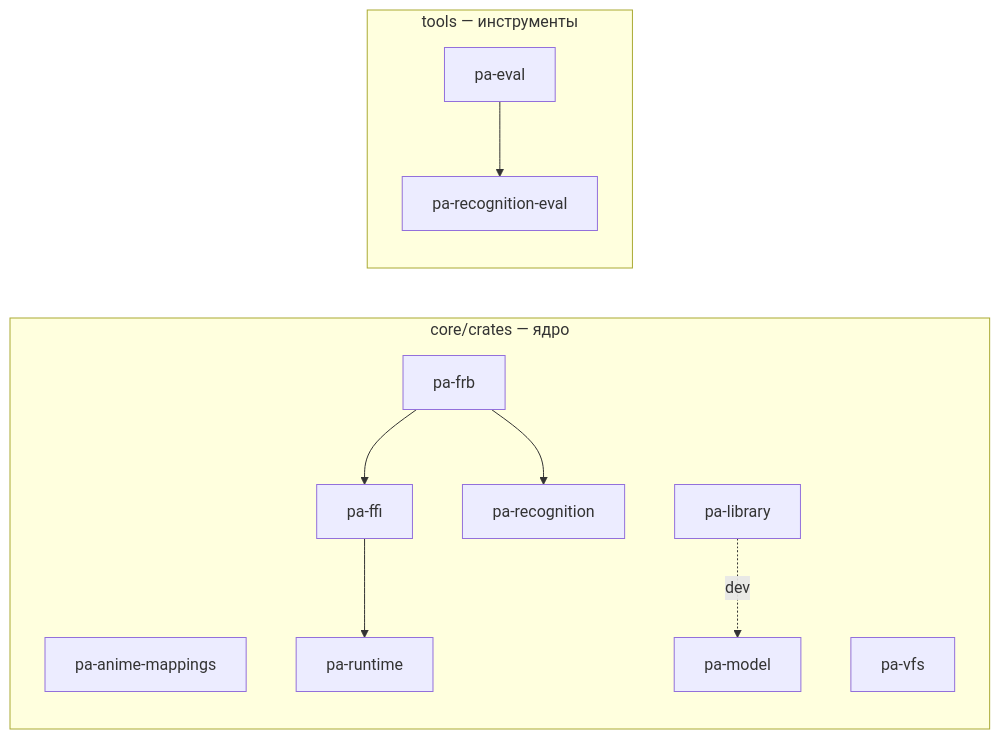
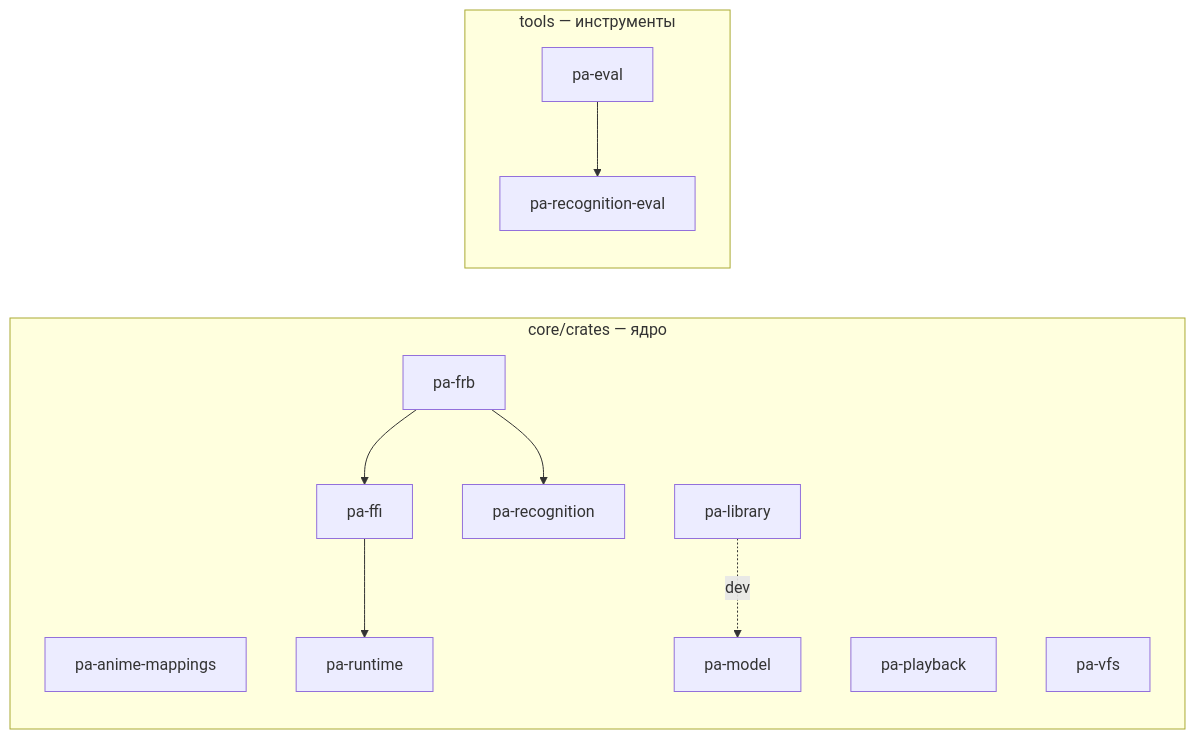
One commit to DenisHumen/project_alpha changed the diagram in docs/dev/crate-graph.md. Above: the diagram before and after it, drawn with Mermaid. The commit also changed other lines of this file, not shown here.

Commit message:
docs(dev): regenerate crate graph with pa-playback [PLAY-003]

````diff
--- a/docs/dev/crate-graph.md
+++ b/docs/dev/crate-graph.md
@@ -12,22 +12,23 @@
 ```mermaid
 flowchart LR
   subgraph g0["core/crates — ядро"]
     pa_anime_mappings["pa-anime-mappings"]
     pa_ffi["pa-ffi"]
     pa_frb["pa-frb"]
     pa_library["pa-library"]
     pa_model["pa-model"]
+    pa_playback["pa-playback"]
     pa_recognition["pa-recognition"]
     pa_runtime["pa-runtime"]
     pa_vfs["pa-vfs"]
   end
   subgraph g1["tools — инструменты"]
     pa_eval["pa-eval"]
     pa_recognition_eval["pa-recognition-eval"]
   end
   pa_eval --> pa_recognition_eval
   pa_ffi --> pa_runtime
   pa_frb --> pa_ffi
   pa_frb --> pa_recognition
   pa_library -. dev .-> pa_model
 ```
````
